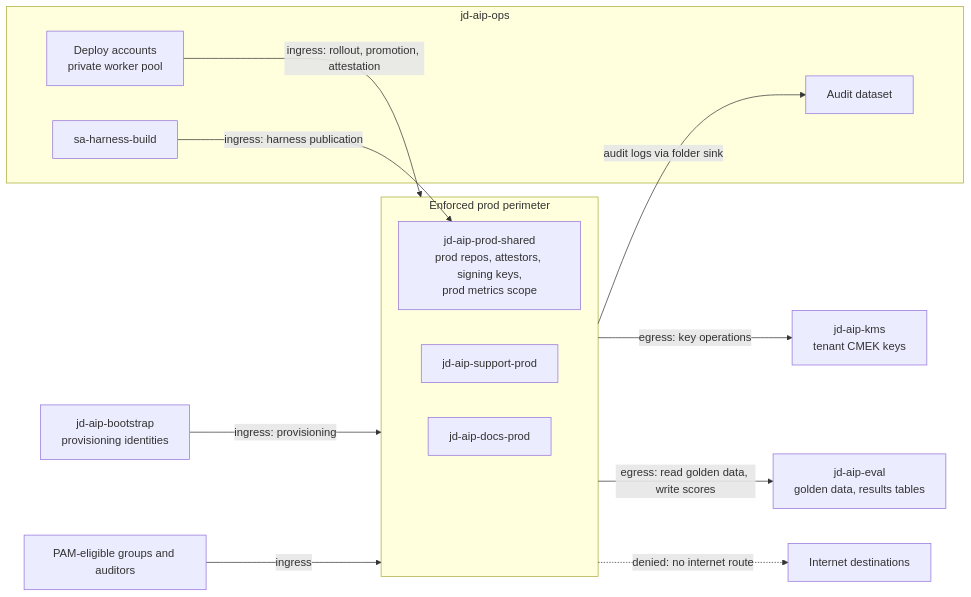
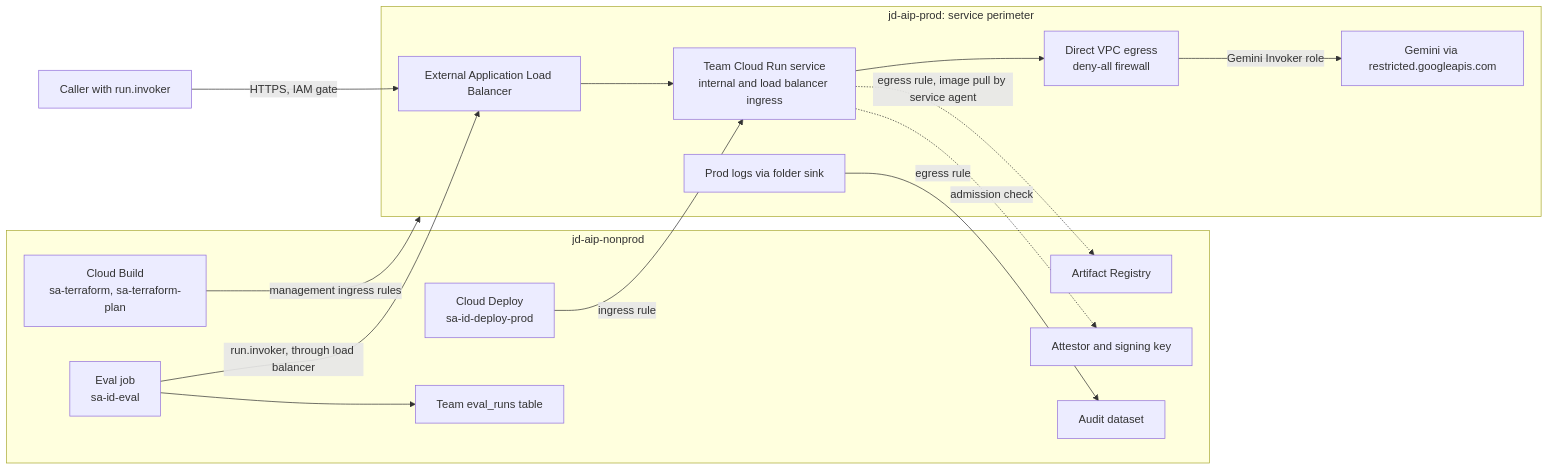
One commit to Josephdara/tenantloom-ai changed the first of 2 diagrams in architecture.md. Above: the diagram before and after it, drawn with Mermaid. The commit also changed other lines of this file and 62 other files, not shown here.

````diff
--- a/architecture.md
+++ b/architecture.md
@@ -683,26 +84,31 @@
 ```mermaid
 flowchart LR
-    subgraph PERIM["Enforced prod perimeter"]
-        P1["jd-aip-docs-prod"]
-        P2["jd-aip-support-prod"]
-        PS["jd-aip-prod-shared<br/>prod repos, attestors, signing keys,<br/>prod metrics scope"]
-    end
-    subgraph OPSP["jd-aip-ops"]
-        DEPLOY["Deploy accounts<br/>private worker pool"]
-        HB["sa-harness-build"]
+    CALLER["Caller with run.invoker"]
+    subgraph NP["jd-aip-nonprod"]
+        AR["Artifact Registry"]
+        DEPLOY["Cloud Deploy<br/>sa-id-deploy-prod"]
+        TF["Cloud Build<br/>sa-terraform, sa-terraform-plan"]
+        EVAL["Eval job<br/>sa-id-eval"]
+        RUNS["Team eval_runs table"]
+        ATT["Attestor and signing key"]
         AUDIT["Audit dataset"]
     end
-    BOOT["jd-aip-bootstrap<br/>provisioning identities"]
-    KMS["jd-aip-kms<br/>tenant CMEK keys"]
-    EVAL["jd-aip-eval<br/>golden data, results tables"]
-    HUMAN["PAM-eligible groups and auditors"]
-    DEPLOY -->|ingress: rollout, promotion, attestation| PERIM
-    HB -->|ingress: harness publication| PS
-    BOOT -->|ingress: provisioning| PERIM
-    HUMAN -->|ingress| PERIM
-    PERIM -->|audit logs via folder sink| AUDIT
-    PERIM -->|egress: key operations| KMS
-    PERIM -->|egress: read golden data, write scores| EVAL
-    INET["Internet destinations"]
-    PERIM -.->|denied: no internet route| INET
+    subgraph PR["jd-aip-prod: service perimeter"]
+        LB["External Application Load Balancer"]
+        RUN["Team Cloud Run service<br/>internal and load balancer ingress"]
+        VPC["Direct VPC egress<br/>deny-all firewall"]
+        GEM["Gemini via restricted.googleapis.com"]
+        LOGS["Prod logs via folder sink"]
+    end
+    CALLER -->|"HTTPS, IAM gate"| LB
+    EVAL -->|"run.invoker, through load balancer"| LB
+    LB --> RUN
+    RUN --> VPC
+    VPC -->|"Gemini Invoker role"| GEM
+    EVAL --> RUNS
+    LOGS -->|"egress rule"| AUDIT
+    DEPLOY -->|"ingress rule"| RUN
+    TF -->|"management ingress rules"| PR
+    RUN -.->|"egress rule, image pull by service agent"| AR
+    RUN -.->|"admission check"| ATT
 ```
````
